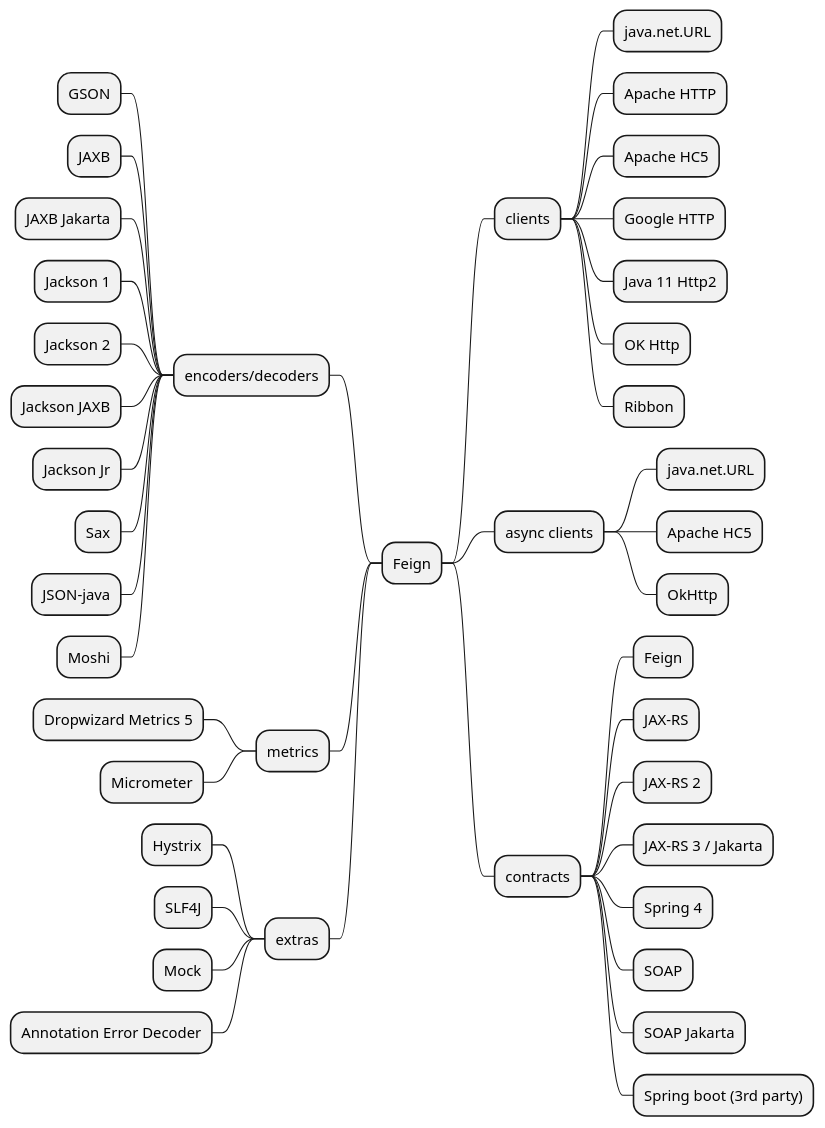
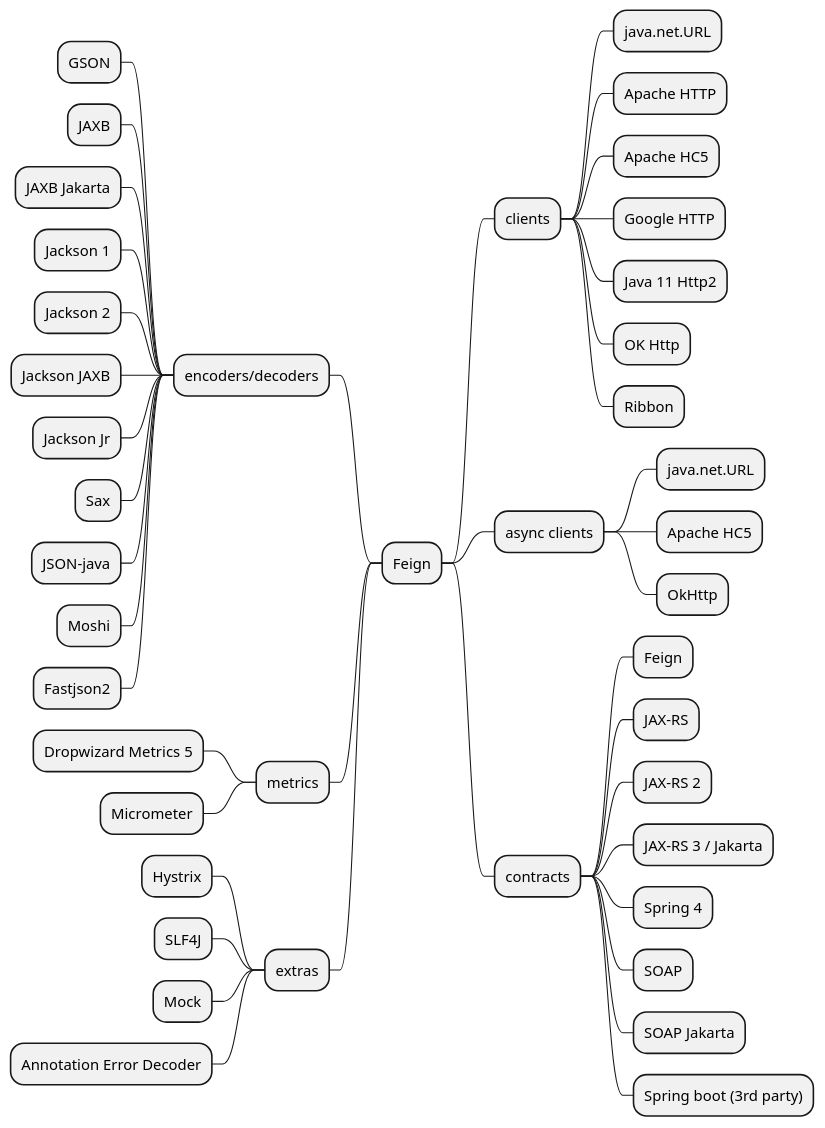
One commit to OpenFeign/feign changed the diagram in src/docs/overview-mindmap.iuml. Above: the diagram before and after it, drawn with PlantUML.

Commit message:
add Fastjson2 to the mind map

```diff
--- a/src/docs/overview-mindmap.iuml
+++ b/src/docs/overview-mindmap.iuml
@@ -1,46 +1,47 @@
 @startmindmap
 * Feign
 ** clients
 *** java.net.URL
 *** Apache HTTP
 *** Apache HC5
 *** Google HTTP
 *** Java 11 Http2
 *** OK Http
 *** Ribbon
 ** async clients
 *** java.net.URL
 *** Apache HC5
 *** OkHttp
 ** contracts
 *** Feign
 *** JAX-RS
 *** JAX-RS 2
 *** JAX-RS 3 / Jakarta
 *** Spring 4
 *** SOAP
 *** SOAP Jakarta
 *** Spring boot (3rd party)
 
 left side
 
 ** encoders/decoders
 *** GSON
 *** JAXB
 *** JAXB Jakarta
 *** Jackson 1
 *** Jackson 2
 *** Jackson JAXB
 *** Jackson Jr
 *** Sax
 *** JSON-java
 *** Moshi
+*** Fastjson2
 ** metrics
 *** Dropwizard Metrics 5
 *** Micrometer
 ** extras
 *** Hystrix
 *** SLF4J
 *** Mock
 *** Annotation Error Decoder
 @endmindmap
```
